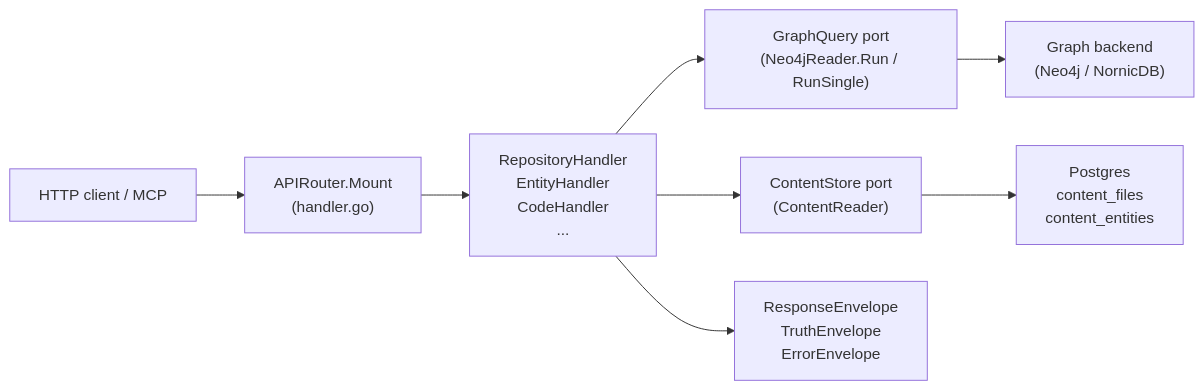
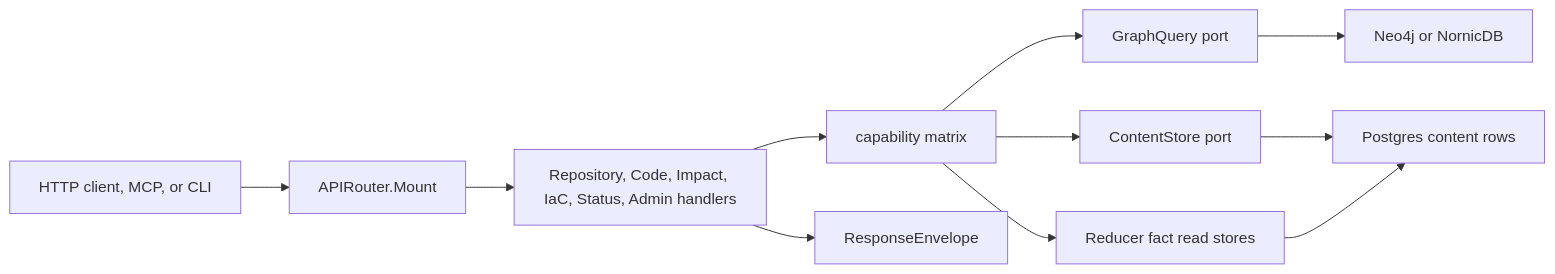
The diagram in go/internal/query/README.md (eshu-hq/eshu), drawn with Mermaid before and after one commit. The commit also changed other lines of this file and 584 other files, not shown here.

Commit message:
Rework documentation information architecture

````diff
--- a/go/internal/query/README.md
+++ b/go/internal/query/README.md
@@ -17,10 +13,13 @@
 ```mermaid
 flowchart LR
-  Client["HTTP client / MCP"] --> AR["APIRouter.Mount\n(handler.go)"]
-  AR --> RH["RepositoryHandler\nEntityHandler\nCodeHandler\n..."]
-  RH --> GQ["GraphQuery port\n(Neo4jReader.Run / RunSingle)"]
-  RH --> CS["ContentStore port\n(ContentReader)"]
-  GQ --> Graph["Graph backend\n(Neo4j / NornicDB)"]
-  CS --> PG["Postgres\ncontent_files\ncontent_entities"]
-  RH --> RE["ResponseEnvelope\nTruthEnvelope\nErrorEnvelope"]
+  Client["HTTP client, MCP, or CLI"] --> Router["APIRouter.Mount"]
+  Router --> Handler["Repository, Code, Impact, IaC, Status, Admin handlers"]
+  Handler --> Gate["capability matrix"]
+  Gate --> Graph["GraphQuery port"]
+  Gate --> Content["ContentStore port"]
+  Gate --> Facts["Reducer fact read stores"]
+  Graph --> Backend["Neo4j or NornicDB"]
+  Content --> Postgres["Postgres content rows"]
+  Facts --> Postgres
+  Handler --> Envelope["ResponseEnvelope"]
 ```
````
